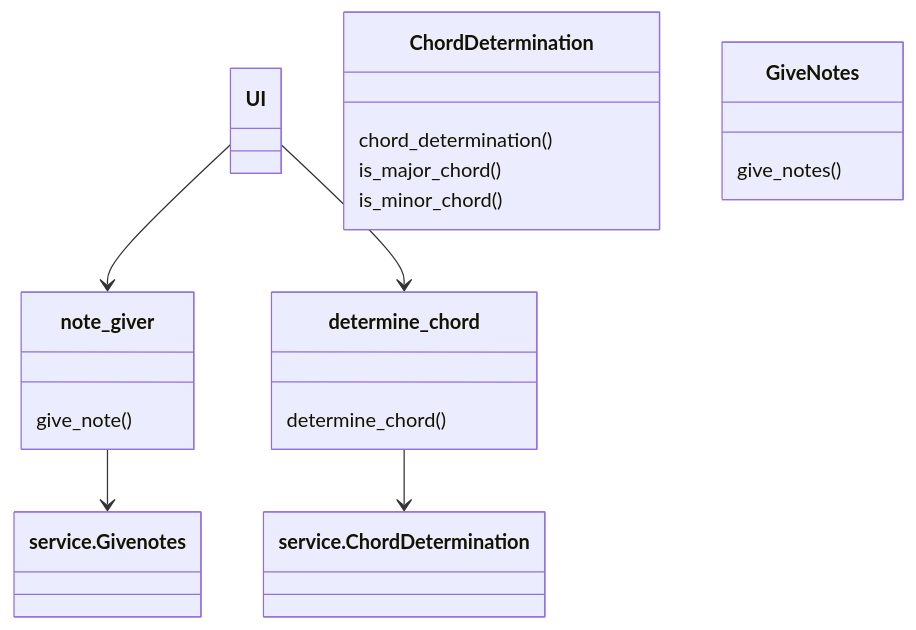
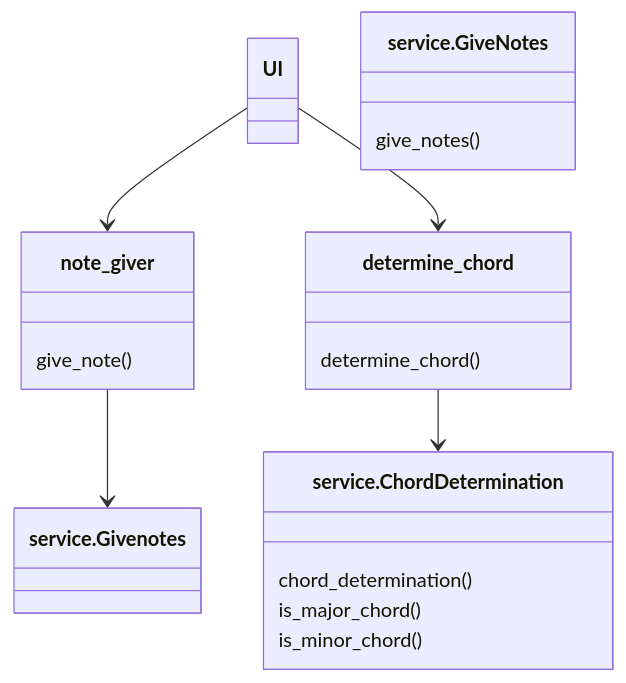
The diagram in dokumentaatio/arkkitehtuuri.md (Aaltonenn/ot-harjoitustyo), drawn with Mermaid before and after one commit. The commit also changed other lines of this file, not shown here.

````diff
--- a/dokumentaatio/arkkitehtuuri.md
+++ b/dokumentaatio/arkkitehtuuri.md
@@ -3,23 +3,23 @@
 ```mermaid
  classDiagram
       UI --> note_giver
       UI --> determine_chord
       note_giver --> service.Givenotes
       determine_chord --> service.ChordDetermination
       
-      class ChordDetermination{
+      class service.ChordDetermination{
       chord_determination()
       is_major_chord()
       is_minor_chord()
       }
-      class GiveNotes{
+      class service.GiveNotes{
       give_notes()
       }
       class note_giver{
       give_note()
       }
       class determine_chord{
       determine_chord()
       }
       
 ```
````
